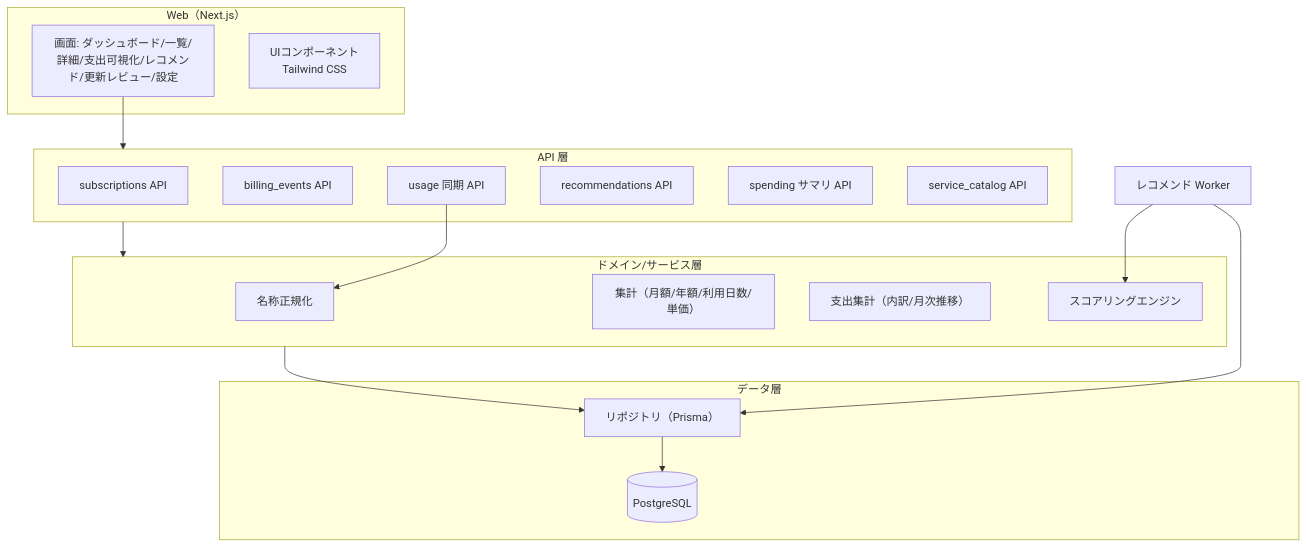
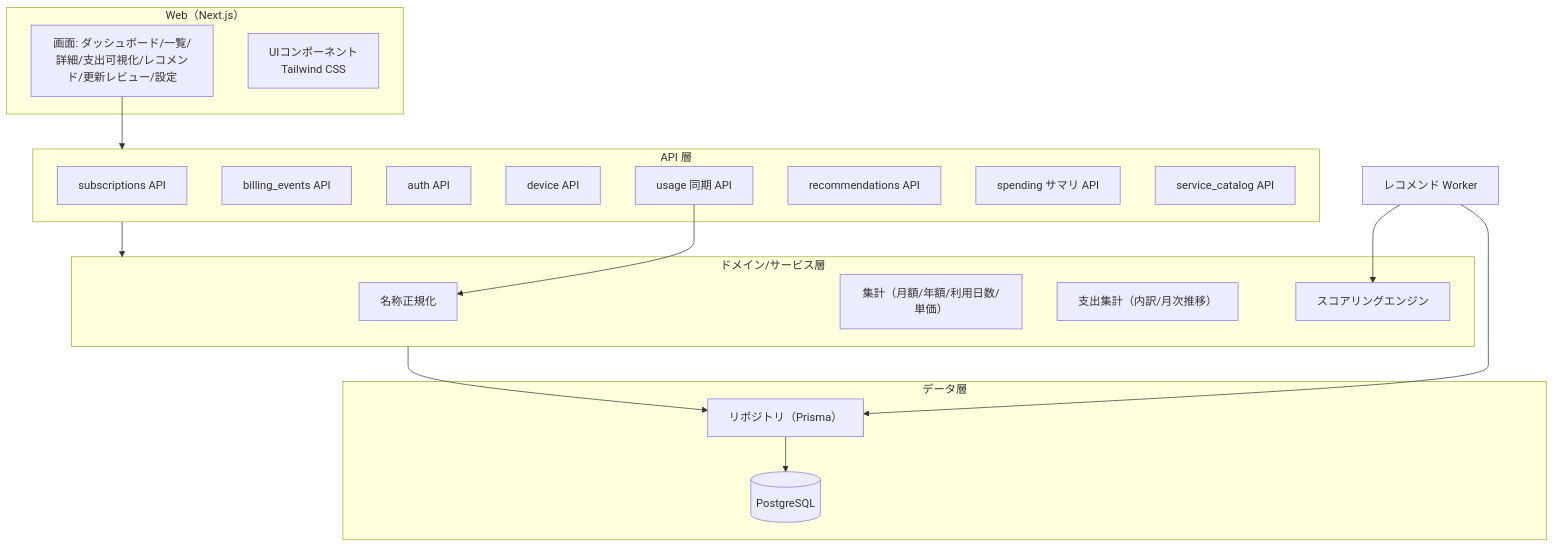
One commit to Shintaro-Abe/SubBuddy changed the fourth of 7 diagrams in docs/functional-design.md. Above: the diagram before and after it, drawn with Mermaid. The commit also changed other lines of this file and 67 other files, not shown here.

````diff
--- a/docs/functional-design.md
+++ b/docs/functional-design.md
@@ -307,33 +327,35 @@
 ```mermaid
 flowchart TB
   subgraph WebApp[Web（Next.js）]
     Pages[画面: ダッシュボード/一覧/詳細/支出可視化/レコメンド/更新レビュー/設定]
     UIComp[UIコンポーネント<br/>Tailwind CSS]
   end
   subgraph APILayer[API 層]
     SubAPI[subscriptions API]
     BillAPI[billing_events API]
+    AuthAPI[auth API]
+    DeviceAPI[device API]
     UsageAPI[usage 同期 API]
     RecoAPI[recommendations API]
     SpendAPI[spending サマリ API]
     CatalogAPI[service_catalog API]
   end
   subgraph Domain[ドメイン/サービス層]
     Normalizer[名称正規化]
     Aggregator[集計（月額/年額/利用日数/単価）]
     SpendAgg[支出集計（内訳/月次推移）]
     Scoring[スコアリングエンジン]
   end
   subgraph Data[データ層]
     Repo[リポジトリ（Prisma）]
     PG[(PostgreSQL)]
   end
   WorkerC[レコメンド Worker]
 
   Pages --> APILayer
   APILayer --> Domain
   Domain --> Repo --> PG
   WorkerC --> Scoring
   WorkerC --> Repo
   UsageAPI --> Normalizer
 ```
````
